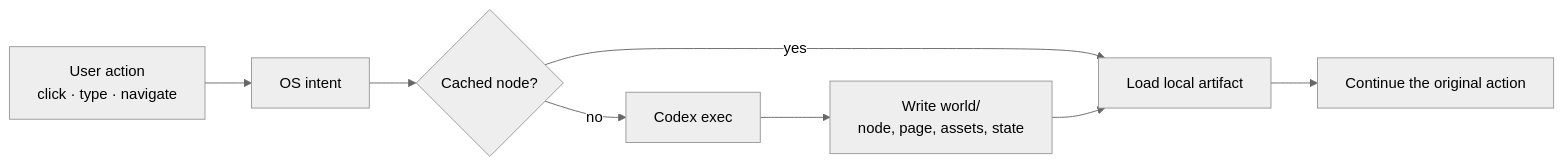
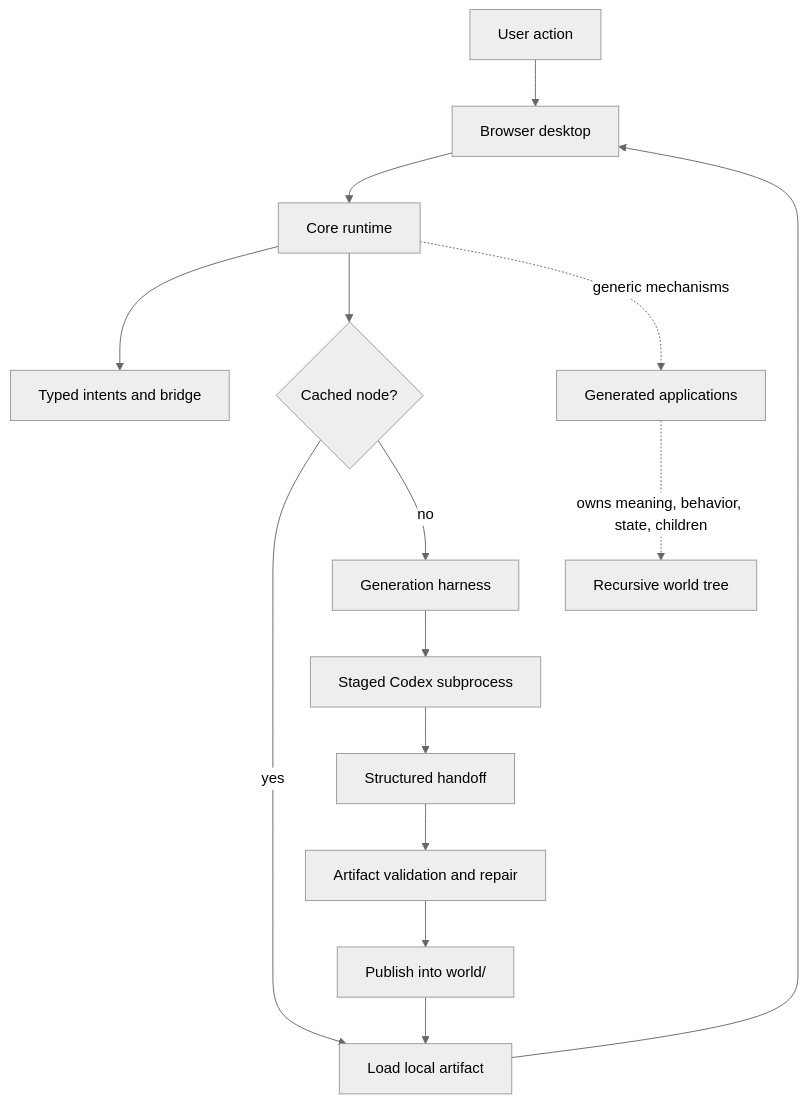
The diagram in README.md (ZisIsNotZis/vibeos), drawn with Mermaid (neutral theme) before and after one commit. The commit also changed other lines of this file and 206 other files, not shown here.

````diff
--- a/README.md
+++ b/README.md
@@ -39,10 +47,17 @@
 ```mermaid
-flowchart LR
-  A[User action<br/>click · type · navigate] --> B[OS intent]
-  B --> C{Cached node?}
-  C -->|yes| D[Load local artifact]
-  C -->|no| E[Codex exec]
-  E --> F[Write world/<br/>node, page, assets, state]
-  F --> D
-  D --> G[Continue the original action]
+flowchart TB
+  U[User action] --> W[Browser desktop]
+  W --> R[Core runtime]
+  R --> I[Typed intents and bridge]
+  R --> C{Cached node?}
+  C -->|yes| L[Load local artifact]
+  C -->|no| H[Generation harness]
+  H --> S[Staged Codex subprocess]
+  S --> O[Structured handoff]
+  O --> V[Artifact validation and repair]
+  V --> P[Publish into world/]
+  P --> L
+  L --> W
+  R -. generic mechanisms .-> A[Generated applications]
+  A -. owns meaning, behavior, state, children .-> T[Recursive world tree]
 ```
````
